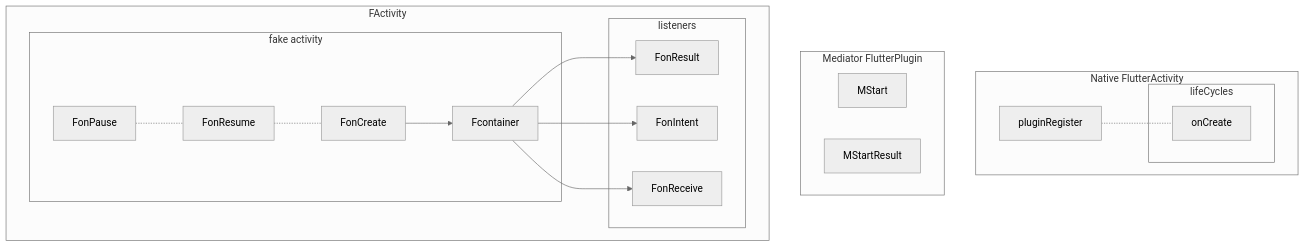
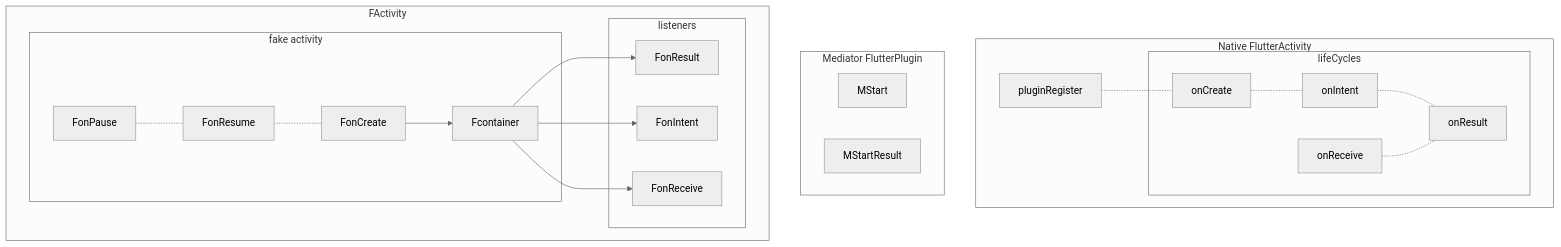
One commit to gordianknotC/nxp_note changed the diagram in flutter/addActivityResultListener.md. Above: the diagram before and after it, drawn with Mermaid (neutral theme). The commit also changed other lines of this file, not shown here.

Commit message:
flutter/addActivityResultListener.md updated from https://stackedit.io/

````diff
--- a/flutter/addActivityResultListener.md
+++ b/flutter/addActivityResultListener.md
@@ -11,42 +11,43 @@
 ```mermaid
 graph TB
 	subgraph Native FlutterActivity
 		pluginRegister
-		lifeCycles
 		pluginRegister -.- onCreate
 		subgraph lifeCycles
-			onCreate
+			onCreate -.- onIntent
+			onIntent -.- onResult
+			onReceive -.- onResult
 			
 		end
 	end
 	subgraph Mediator FlutterPlugin
 		MStart
 		MStartResult
 	end
 	
 	subgraph FActivity
 		FonCreate
 		FonPause 
 		FonResume 
 		FonResult 
 		FonIntent 
 		FonReceive 
 		
 		subgraph fake activity
 			FonPause -.- FonResume
 			FonResume -.- FonCreate
 			FonCreate --> Fcontainer
 		end
 		
 		subgraph listeners
 			Fcontainer --> FonIntent
 			Fcontainer --> FonResult
 			Fcontainer --> FonReceive
 		end
 		
 		
 		
 	end
 
 
 ```
````
